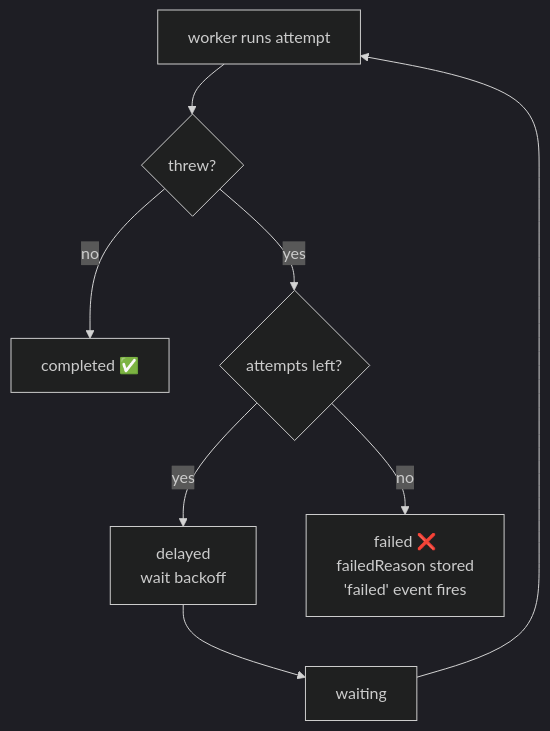
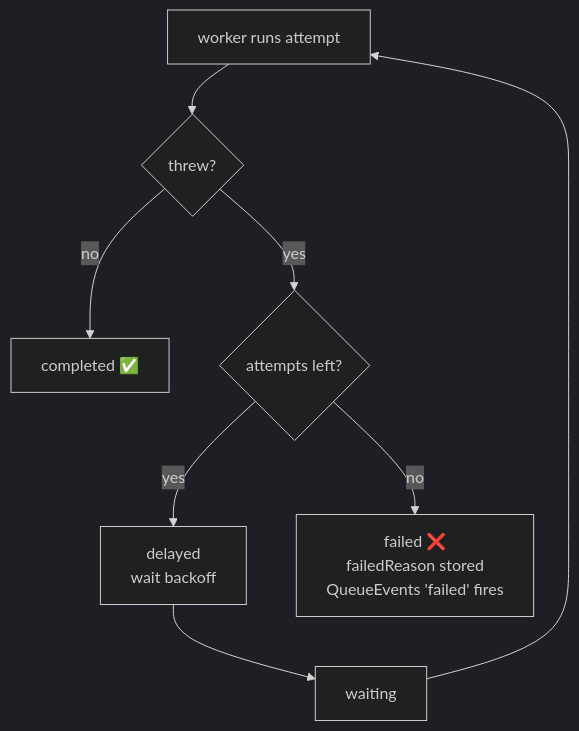
Before and after one commit to babur001/bullmq-practice: the diagram in learn/03-failures-retries.md, drawn with Mermaid (dark theme). The commit also changed other lines of this file and 6 other files, not shown here.

````diff
--- a/learn/03-failures-retries.md
+++ b/learn/03-failures-retries.md
@@ -81,8 +82,8 @@
 ```mermaid
 flowchart TD
     A[worker runs attempt] --> B{threw?}
     B -- no --> C[completed ✅]
     B -- yes --> D{attempts left?}
     D -- yes --> E[delayed<br/>wait backoff] --> F[waiting] --> A
-    D -- no --> G[failed ❌<br/>failedReason stored<br/>'failed' event fires]
+    D -- no --> G[failed ❌<br/>failedReason stored<br/>QueueEvents 'failed' fires]
 ```
````
